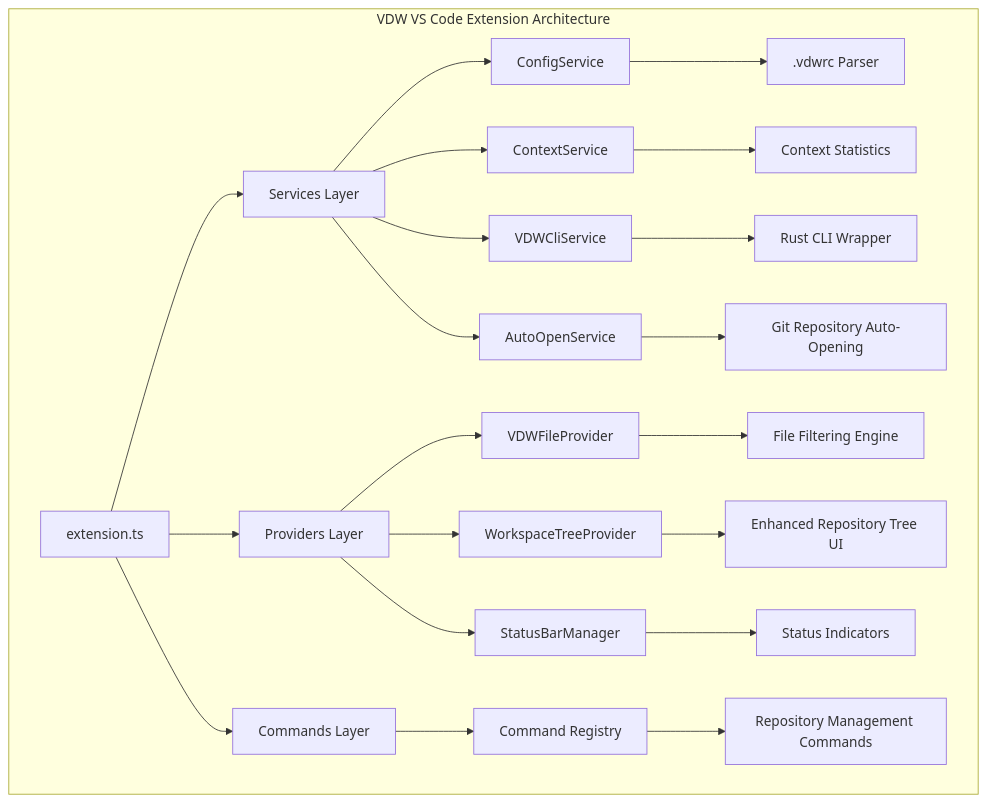
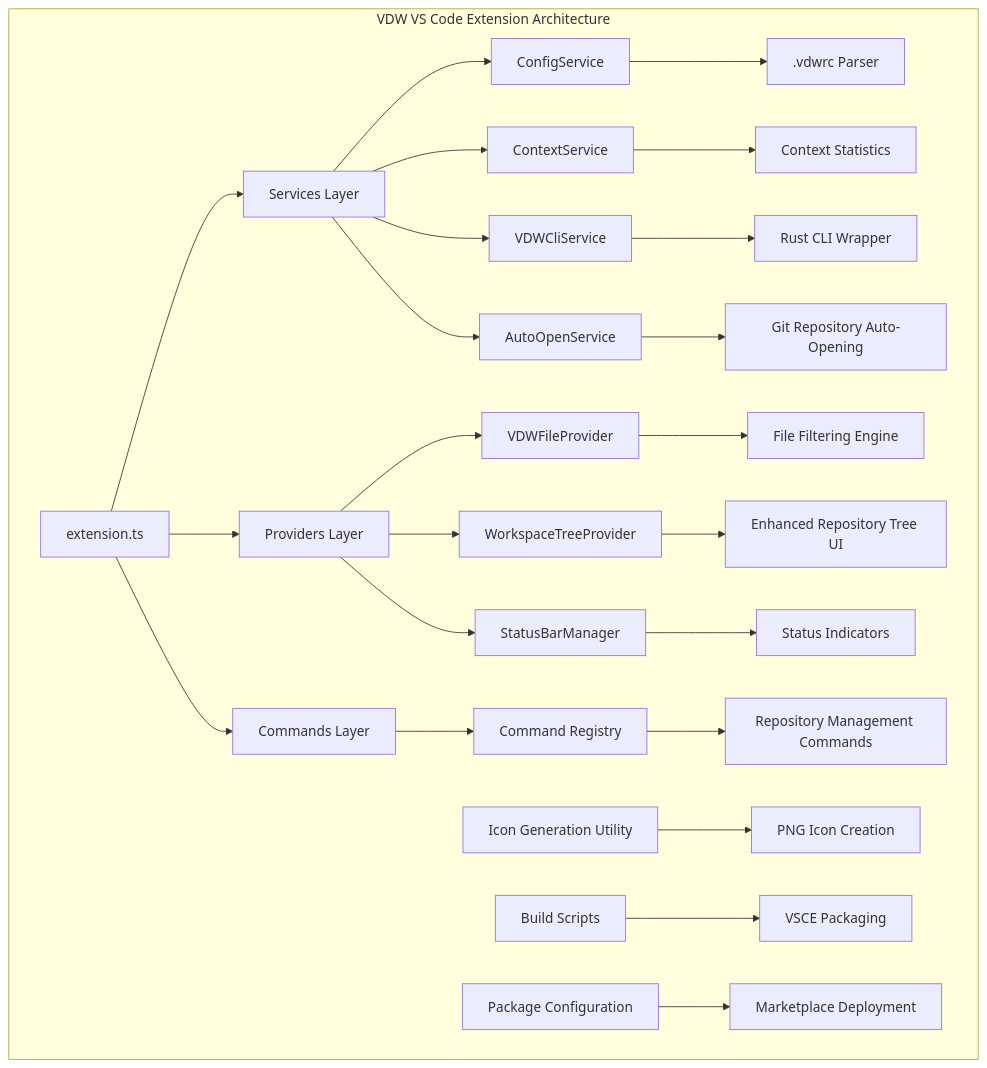
One commit to HWH-2019/vdw changed the first of 6 diagrams in .qoder/repowiki/en/content/Core Features Documentation/VS Code Plugin Bridge & IDE Integration.md. Above: the diagram before and after it, drawn with Mermaid. The commit also changed other lines of this file and 14 other files, not shown here.

````diff
--- a/.qoder/repowiki/en/content/Core Features Documentation/VS Code Plugin Bridge & IDE Integration.md
+++ b/.qoder/repowiki/en/content/Core Features Documentation/VS Code Plugin Bridge & IDE Integration.md
@@ -54,24 +62,27 @@
 ```mermaid
 graph TB
 subgraph "VDW VS Code Extension Architecture"
 A[extension.ts] --> B[Services Layer]
 A --> C[Providers Layer]
 A --> D[Commands Layer]
 B --> E[ConfigService]
 B --> F[ContextService]
 B --> G[VDWCliService]
 B --> H[AutoOpenService]
 C --> I[VDWFileProvider]
 C --> J[WorkspaceTreeProvider]
 C --> K[StatusBarManager]
 D --> L[Command Registry]
 E --> M[.vdwrc Parser]
 F --> N[Context Statistics]
 G --> O[Rust CLI Wrapper]
 H --> P[Git Repository Auto-Opening]
 I --> Q[File Filtering Engine]
 J --> R[Enhanced Repository Tree UI]
 K --> S[Status Indicators]
 L --> T[Repository Management Commands]
+U[Icon Generation Utility] --> V[PNG Icon Creation]
+W[Build Scripts] --> X[VSCE Packaging]
+Y[Package Configuration] --> Z[Marketplace Deployment]
 end
 ```
````
